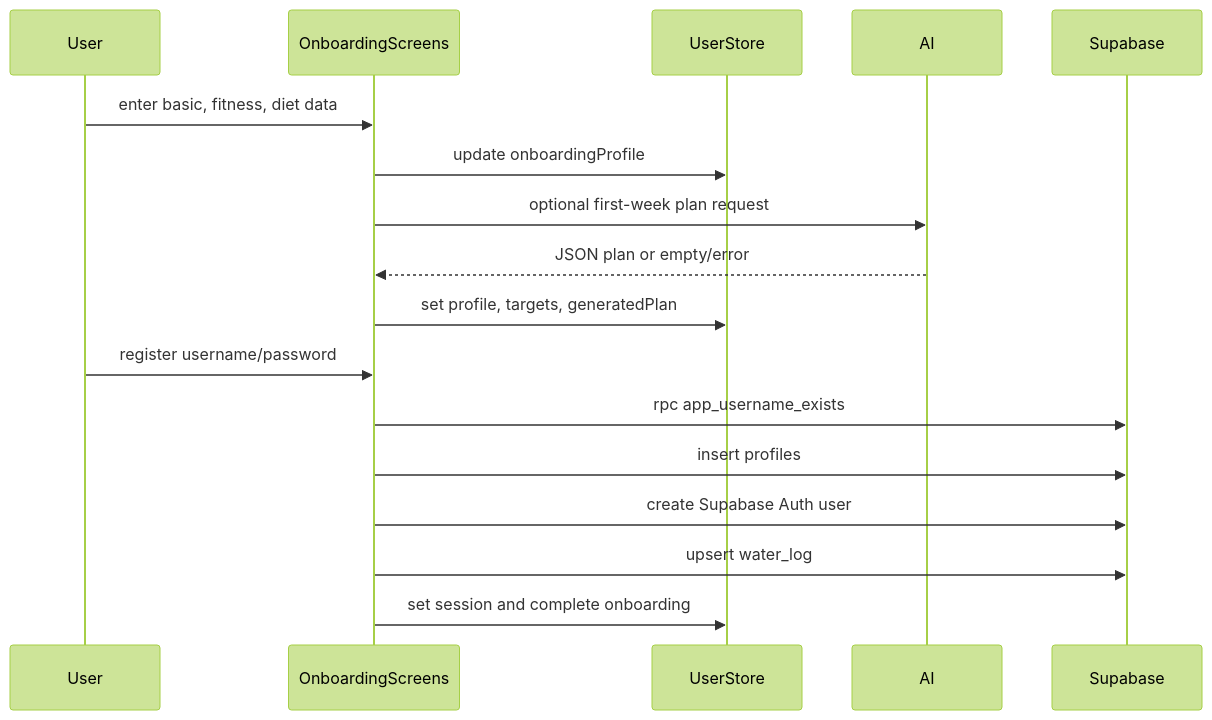
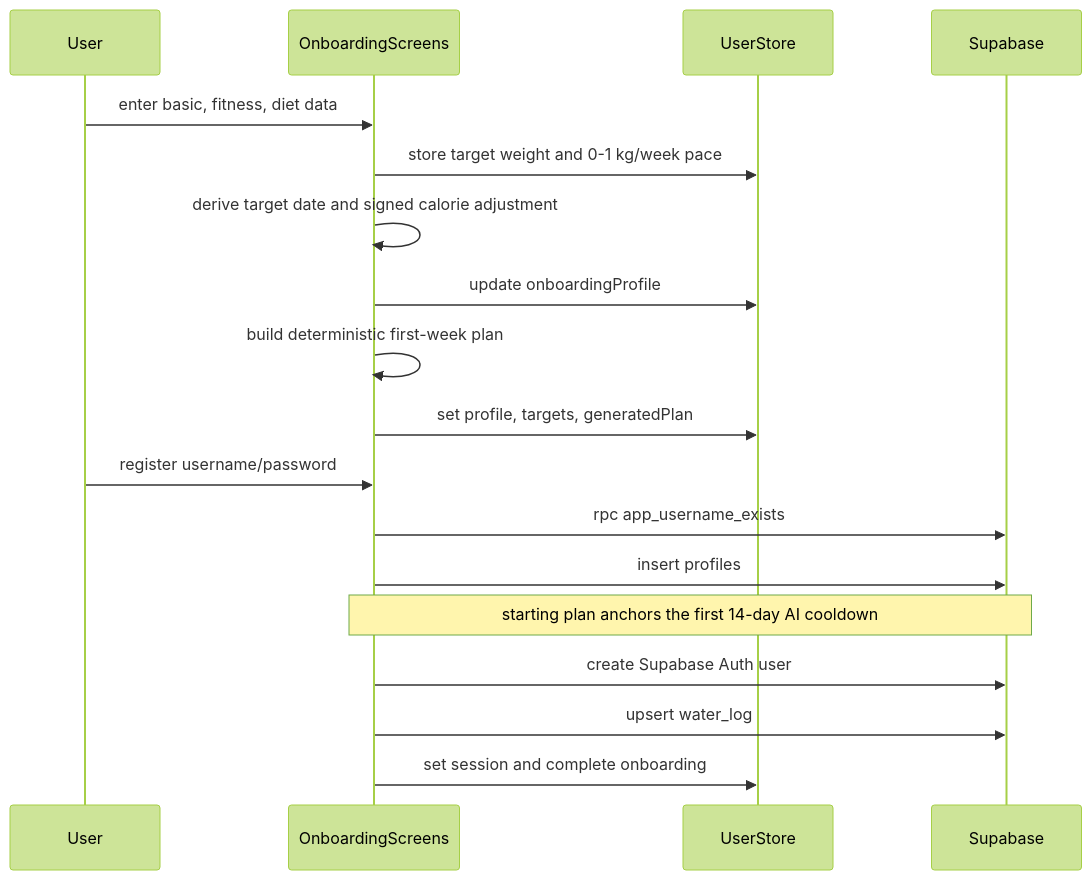
One commit to Ramagiri-Ranesh/LifeOsMobileApp changed the second of 7 diagrams in docs/architecture.md. Above: the diagram before and after it, drawn with Mermaid (forest theme). The commit also changed other lines of this file and 29 other files, not shown here.

````diff
--- a/docs/architecture.md
+++ b/docs/architecture.md
@@ -309,20 +340,21 @@
 ```mermaid
 sequenceDiagram
   participant User
   participant OnboardingScreens
   participant UserStore
-  participant AI
   participant Supabase
 
   User->>OnboardingScreens: enter basic, fitness, diet data
+  OnboardingScreens->>UserStore: store target weight and 0-1 kg/week pace
+  OnboardingScreens->>OnboardingScreens: derive target date and signed calorie adjustment
   OnboardingScreens->>UserStore: update onboardingProfile
-  OnboardingScreens->>AI: optional first-week plan request
-  AI-->>OnboardingScreens: JSON plan or empty/error
+  OnboardingScreens->>OnboardingScreens: build deterministic first-week plan
   OnboardingScreens->>UserStore: set profile, targets, generatedPlan
   User->>OnboardingScreens: register username/password
   OnboardingScreens->>Supabase: rpc app_username_exists
   OnboardingScreens->>Supabase: insert profiles
+  Note over OnboardingScreens,Supabase: starting plan anchors the first 14-day AI cooldown
   OnboardingScreens->>Supabase: create Supabase Auth user
   OnboardingScreens->>Supabase: upsert water_log
   OnboardingScreens->>UserStore: set session and complete onboarding
 ```
````
